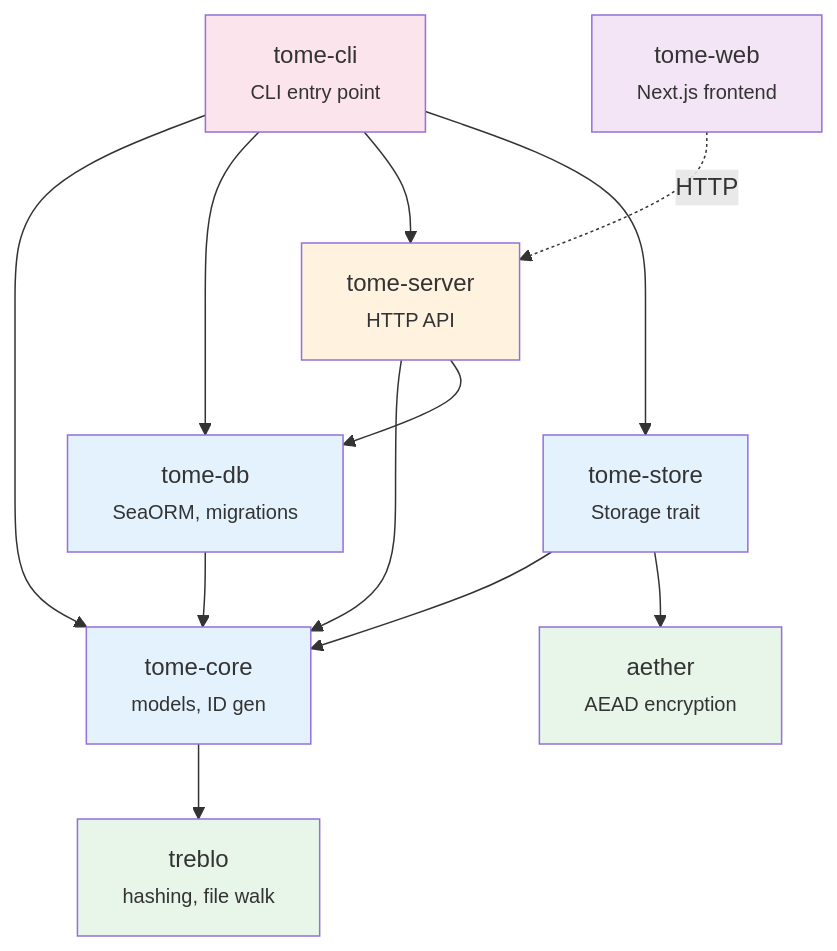
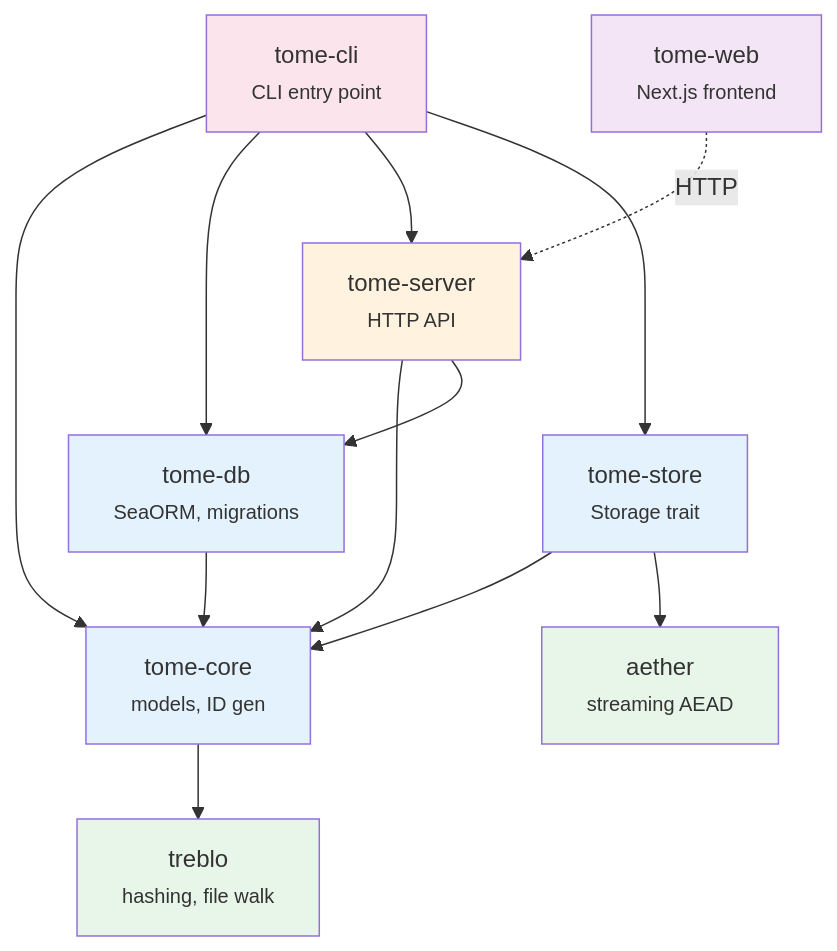
Before and after one commit to taskie/tome: the first of 6 diagrams in ARCHITECTURE.md, drawn with Mermaid. The commit also changed other lines of this file and 6 other files, not shown here.

First line of the commit message:
feat(aether): implement streaming AEAD v1 with variable chunk sizes

````diff
--- a/ARCHITECTURE.md
+++ b/ARCHITECTURE.md
@@ -24,33 +24,33 @@
 ```mermaid
 graph TD
     treblo["treblo<br/><small>hashing, file walk</small>"]
-    aether["aether<br/><small>AEAD encryption</small>"]
+    aether["aether<br/><small>streaming AEAD</small>"]
     core["tome-core<br/><small>models, ID gen</small>"]
     db["tome-db<br/><small>SeaORM, migrations</small>"]
     store["tome-store<br/><small>Storage trait</small>"]
     server["tome-server<br/><small>HTTP API</small>"]
     cli["tome-cli<br/><small>CLI entry point</small>"]
     web["tome-web<br/><small>Next.js frontend</small>"]
 
     core --> treblo
     db --> core
     store --> core
     store --> aether
     server --> core
     server --> db
     cli --> core
     cli --> db
     cli --> server
     cli --> store
 
     web -. "HTTP" .-> server
 
     style treblo fill:#e8f5e9
     style aether fill:#e8f5e9
     style core fill:#e3f2fd
     style db fill:#e3f2fd
     style store fill:#e3f2fd
     style server fill:#fff3e0
     style cli fill:#fce4ec
     style web fill:#f3e5f5
 ```
````
